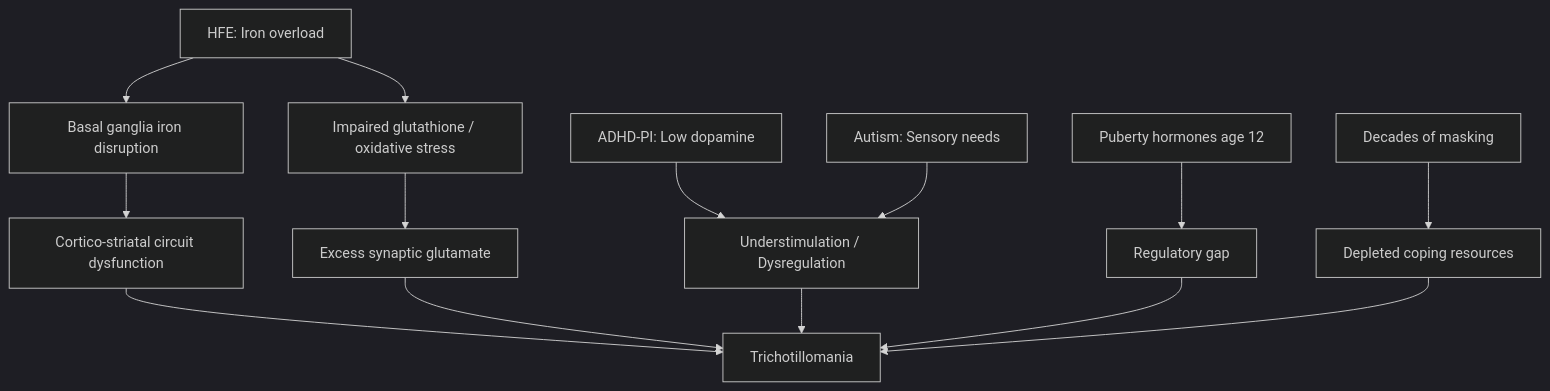
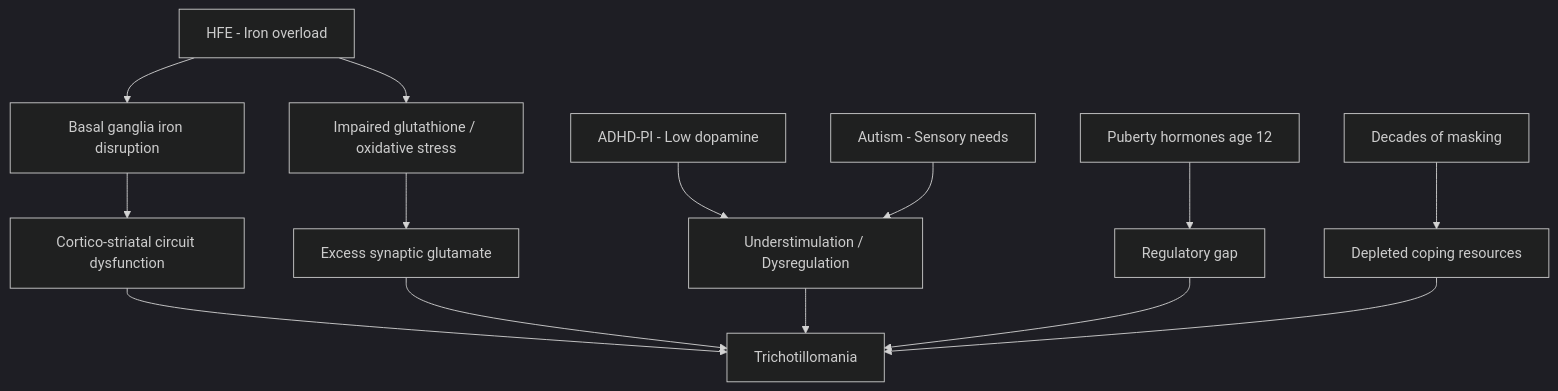
One commit to Aegis-commits/ag-hfe-adhd-asd-research changed the diagram in neurodevelopment/Trichotillomania and Neurodevelopmental Links.md. Above: the diagram before and after it, drawn with Mermaid (dark theme). The commit also changed 41 other files, not shown here.

First line of the commit message:
docs(vault): add mermaid pathway diagrams, colour keys, and README to all published notes

````diff
--- a/neurodevelopment/Trichotillomania and Neurodevelopmental Links.md
+++ b/neurodevelopment/Trichotillomania and Neurodevelopmental Links.md
@@ -215,16 +215,16 @@
 ```mermaid
-graph TD
-    A[ADHD-PI: Low dopamine] --> B[Understimulation / Dysregulation]
-    C[Autism: Sensory needs] --> B
-    D[HFE: Iron overload] --> E[Basal ganglia iron disruption]
+flowchart TD
+    A[ADHD-PI - Low dopamine] --> B[Understimulation / Dysregulation]
+    C[Autism - Sensory needs] --> B
+    D[HFE - Iron overload] --> E[Basal ganglia iron disruption]
     D --> F[Impaired glutathione / oxidative stress]
     E --> G[Cortico-striatal circuit dysfunction]
     F --> H[Excess synaptic glutamate]
     G --> I[Trichotillomania]
     H --> I
     B --> I
     J[Puberty hormones age 12] --> K[Regulatory gap]
     K --> I
     L[Decades of masking] --> M[Depleted coping resources]
     M --> I
 ```
````
